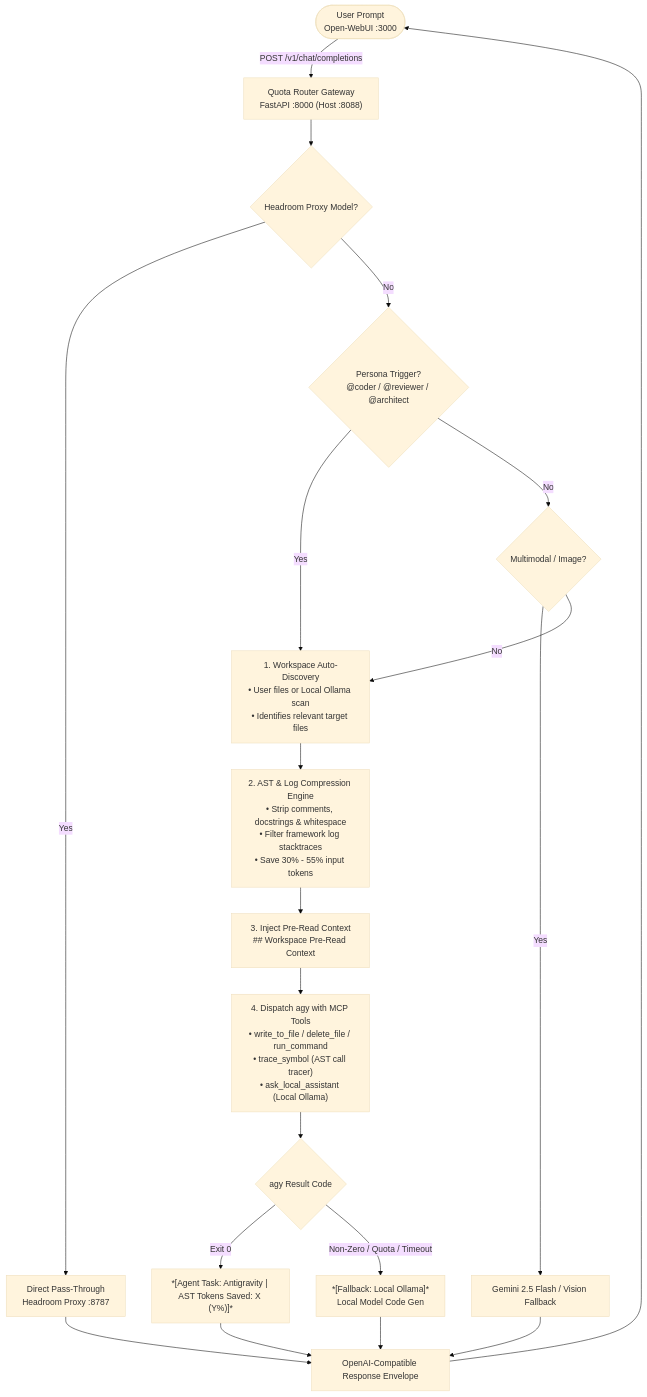
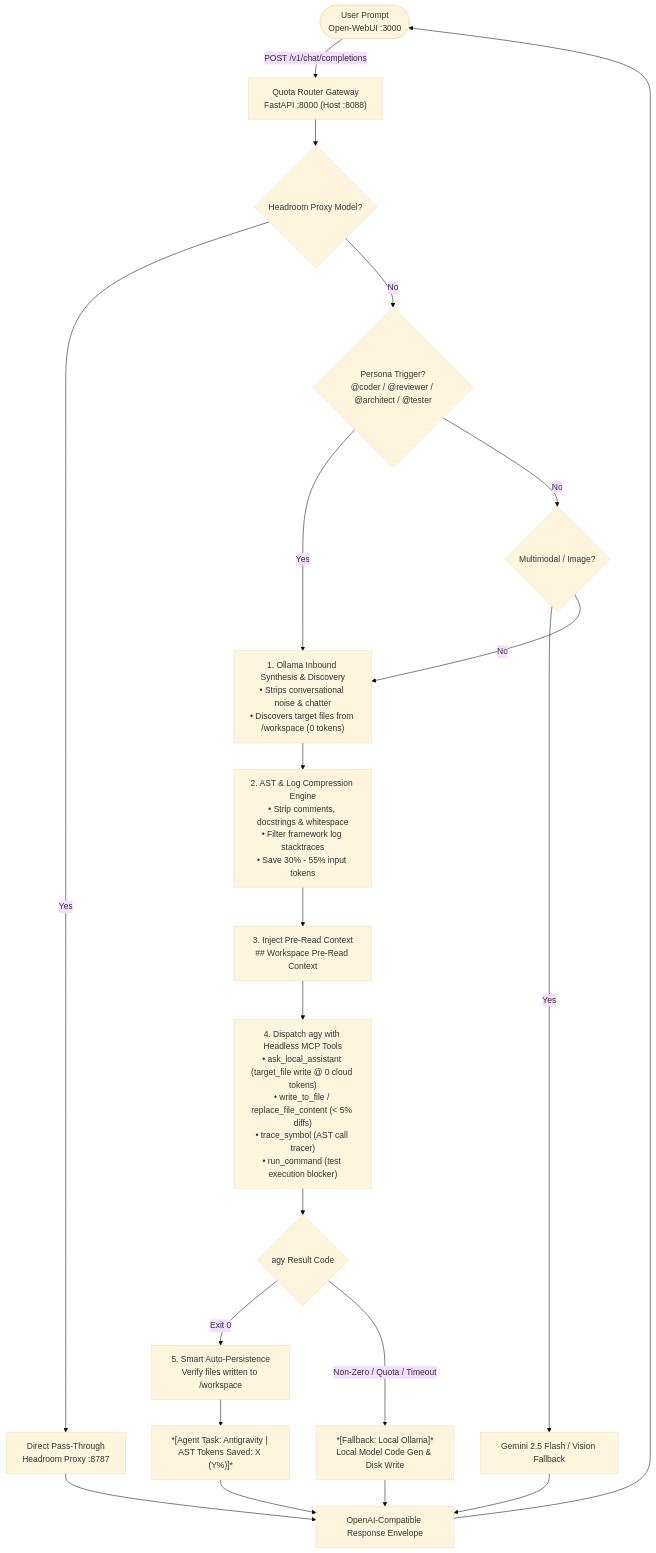
Before and after one commit to YHDF/ai-compression-stack: the diagram in README.md, drawn with Mermaid (base theme). The commit also changed other lines of this file and 9 other files, not shown here.

````diff
--- a/README.md
+++ b/README.md
@@ -46,32 +49,34 @@
 ```mermaid
 flowchart TD
     Client(["User Prompt<br>Open-WebUI :3000"]) -->|POST /v1/chat/completions| Router["Quota Router Gateway<br>FastAPI :8000 (Host :8088)"]
 
     Router --> CheckHeadroom{"Headroom Proxy Model?"}
     CheckHeadroom -->|Yes| HeadroomDirect["Direct Pass-Through<br>Headroom Proxy :8787"]
 
-    CheckHeadroom -->|No| CheckPersona{"Persona Trigger?<br>@coder / @reviewer / @architect"}
+    CheckHeadroom -->|No| CheckPersona{"Persona Trigger?<br>@coder / @reviewer / @architect / @tester"}
     
-    CheckPersona -->|Yes| AutoDiscover["1. Workspace Auto-Discovery<br>• User files or Local Ollama scan<br>• Identifies relevant target files"]
+    CheckPersona -->|Yes| InboundSynth["1. Ollama Inbound Synthesis & Discovery<br>• Strips conversational noise & chatter<br>• Discovers target files from /workspace (0 tokens)"]
     CheckPersona -->|No| CheckVision{"Multimodal / Image?"}
 
     CheckVision -->|Yes| GeminiVision["Gemini 2.5 Flash / Vision Fallback"]
-    CheckVision -->|No| AutoDiscover
+    CheckVision -->|No| InboundSynth
 
-    AutoDiscover --> ASTCompress["2. AST & Log Compression Engine<br>• Strip comments, docstrings & whitespace<br>• Filter framework log stacktraces<br>• Save 30% - 55% input tokens"]
+    InboundSynth --> ASTCompress["2. AST & Log Compression Engine<br>• Strip comments, docstrings & whitespace<br>• Filter framework log stacktraces<br>• Save 30% - 55% input tokens"]
 
     ASTCompress --> PreRead["3. Inject Pre-Read Context<br>## Workspace Pre-Read Context"]
 
-    PreRead --> DispatchAgy["4. Dispatch agy with MCP Tools<br>• write_to_file / delete_file / run_command<br>• trace_symbol (AST call tracer)<br>• ask_local_assistant (Local Ollama)"]
+    PreRead --> DispatchAgy["4. Dispatch agy with Headless MCP Tools<br>• ask_local_assistant (target_file write @ 0 cloud tokens)<br>• write_to_file / replace_file_content (< 5% diffs)<br>• trace_symbol (AST call tracer)<br>• run_command (test execution blocker)"]
 
     DispatchAgy --> CheckStatus{"agy Result Code"}
 
-    CheckStatus -->|Exit 0| AgentSuccess["*[Agent Task: Antigravity | AST Tokens Saved: X (Y%)]*"]
-    CheckStatus -->|Non-Zero / Quota / Timeout| FallbackOllama["*[Fallback: Local Ollama]*<br>Local Model Code Gen"]
+    CheckStatus -->|Exit 0| AutoPersist["5. Smart Auto-Persistence<br>Verify files written to /workspace"]
+    CheckStatus -->|Non-Zero / Quota / Timeout| FallbackOllama["*[Fallback: Local Ollama]*<br>Local Model Code Gen & Disk Write"]
+
+    AutoPersist --> AgentSuccess["*[Agent Task: Antigravity | AST Tokens Saved: X (Y%)]*"]
 
     GeminiVision --> Envelope["OpenAI-Compatible Response Envelope"]
     HeadroomDirect --> Envelope
     AgentSuccess --> Envelope
     FallbackOllama --> Envelope
     Envelope --> Client
 ```
````
